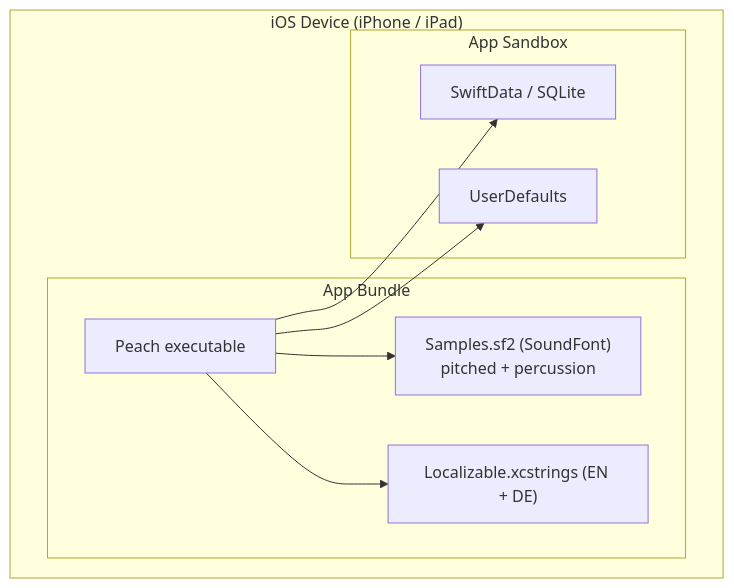
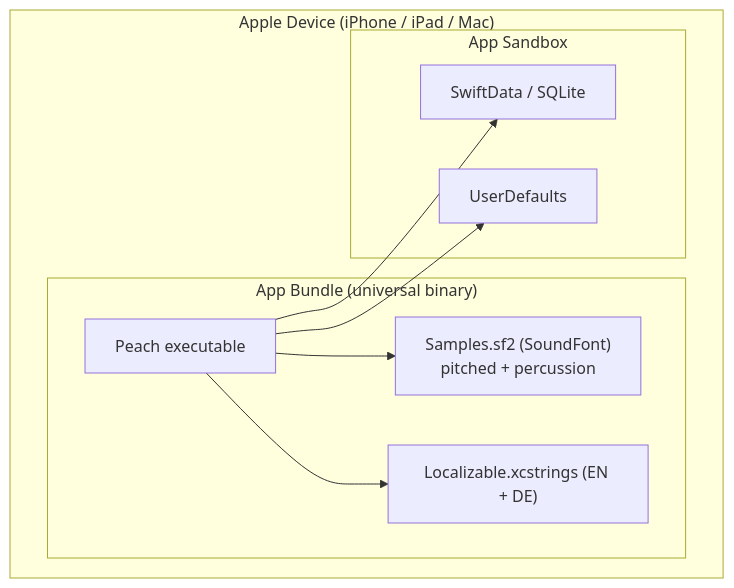
The ninth of 11 diagrams in docs/arc42.md (mschuerig/peach-ios), drawn with Mermaid before and after one commit. The commit also changed other lines of this file and 6 other files, not shown here.

````diff
--- a/docs/arc42.md
+++ b/docs/arc42.md
@@ -406,18 +418,18 @@
 ```mermaid
 graph TB
-    subgraph "iOS Device (iPhone / iPad)"
-        subgraph "App Bundle"
+    subgraph "Apple Device (iPhone / iPad / Mac)"
+        subgraph "App Bundle (universal binary)"
             Binary["Peach executable"]
             SF2["Samples.sf2 (SoundFont)<br/>pitched + percussion"]
             Strings["Localizable.xcstrings (EN + DE)"]
         end
 
         subgraph "App Sandbox"
             DB["SwiftData / SQLite"]
             Prefs["UserDefaults"]
         end
     end
 
     Binary --> SF2 & Strings
     Binary --> DB & Prefs
 ```
````
